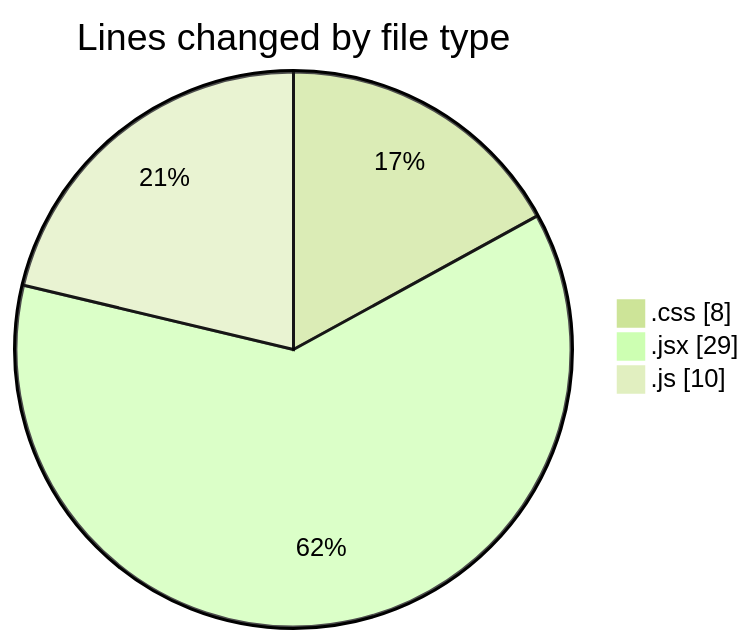
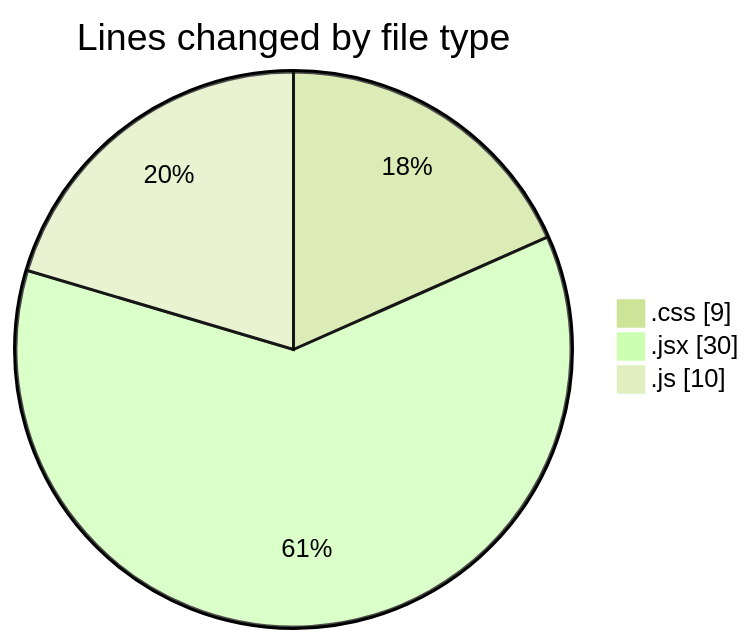
The first of 2 diagrams in 2025-02-05/react/README.md (Elitesun/code-tracking), drawn with Mermaid (forest theme) before and after one commit. The commit also changed other lines of this file and 1 other file, not shown here.

````diff
--- a/2025-02-05/react/README.md
+++ b/2025-02-05/react/README.md
@@ -22,7 +23,7 @@
 ```mermaid
 pie showData
 title Lines changed by file type
-".css" : 8
-".jsx" : 29
+".css" : 9
+".jsx" : 30
 ".js" : 10
 ```
````
